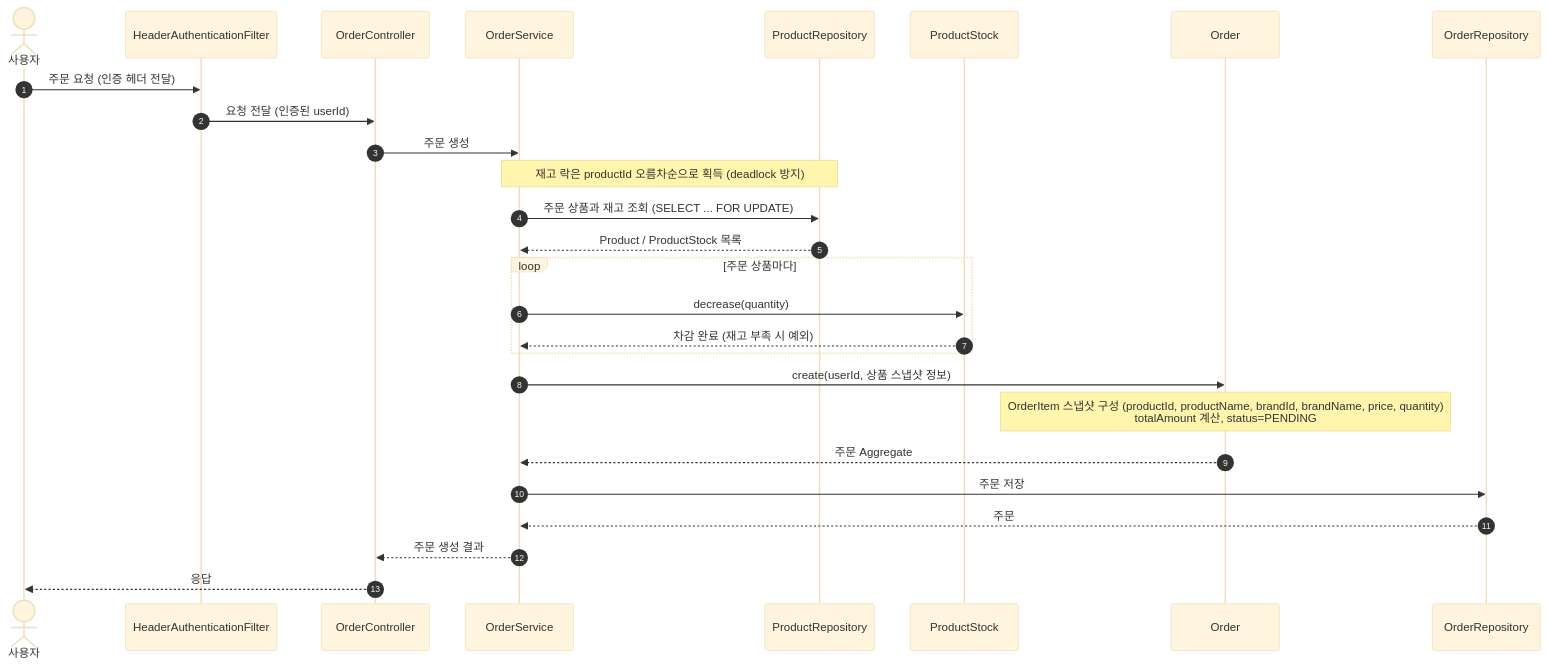
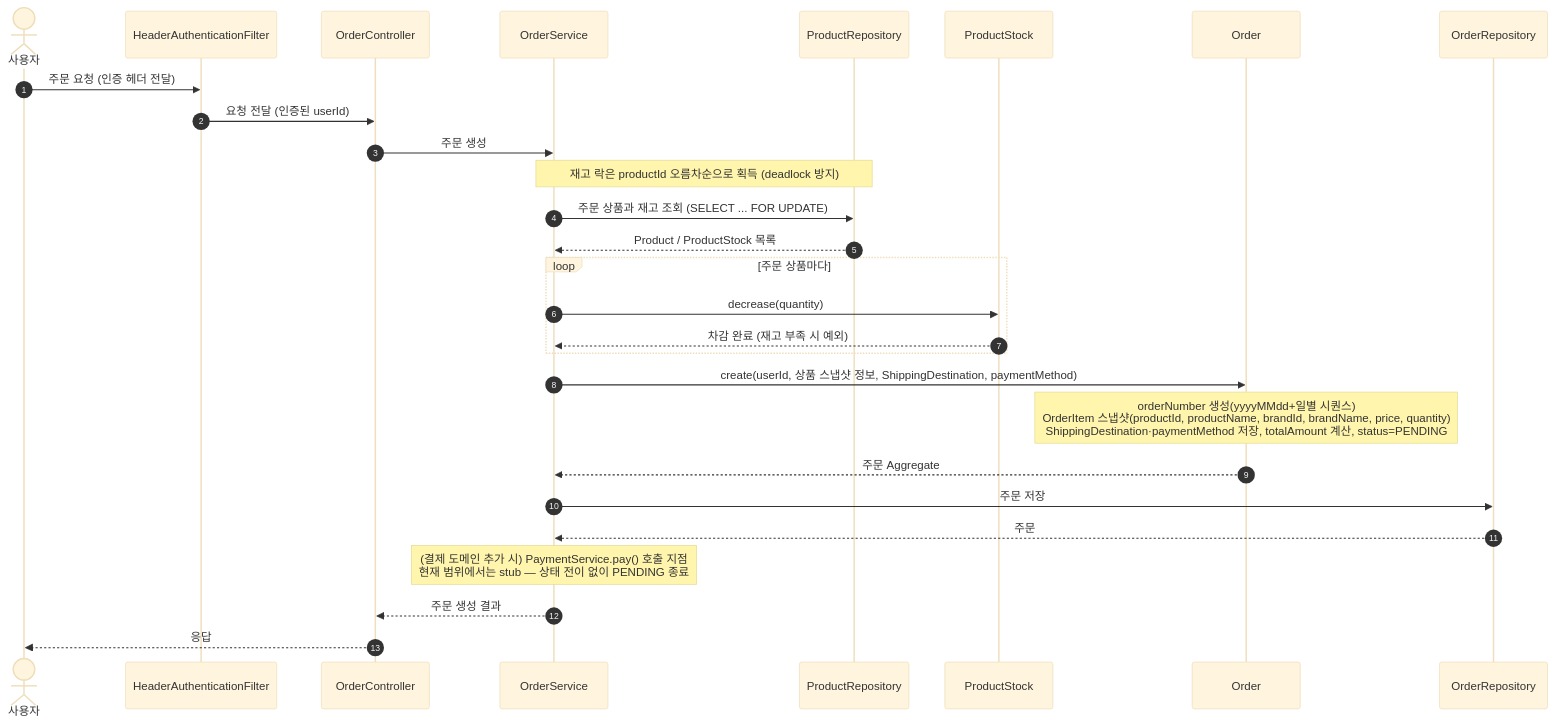
Diagram 14 of 17 in docs/week2/02-sequence-diagrams.md (loopers-labs/loop-pack-be-l2-vol4-java), drawn with Mermaid (base theme) before and after one commit. The commit also changed other lines of this file and 3 other files, not shown here.

````diff
--- a/docs/week2/02-sequence-diagrams.md
+++ b/docs/week2/02-sequence-diagrams.md
@@ -343,34 +361,35 @@
 ```mermaid
 sequenceDiagram
     autonumber
     actor Client as 사용자
     participant Auth as HeaderAuthenticationFilter
     participant Controller as OrderController
     participant Service as OrderService
     participant ProductRepository as ProductRepository
     participant ProductStock as ProductStock
     participant Order as Order
     participant OrderRepository as OrderRepository
 
     Client->>Auth: 주문 요청 (인증 헤더 전달)
     Auth->>Controller: 요청 전달 (인증된 userId)
     Controller->>Service: 주문 생성
 
     Note over Service,ProductRepository: 재고 락은 productId 오름차순으로 획득 (deadlock 방지)
     Service->>ProductRepository: 주문 상품과 재고 조회 (SELECT ... FOR UPDATE)
     ProductRepository-->>Service: Product / ProductStock 목록
 
     loop 주문 상품마다
         Service->>ProductStock: decrease(quantity)
         ProductStock-->>Service: 차감 완료 (재고 부족 시 예외)
     end
 
-    Service->>Order: create(userId, 상품 스냅샷 정보)
-    Note over Order: OrderItem 스냅샷 구성 (productId, productName, brandId, brandName, price, quantity)<br/>totalAmount 계산, status=PENDING
+    Service->>Order: create(userId, 상품 스냅샷 정보, ShippingDestination, paymentMethod)
+    Note over Order: orderNumber 생성(yyyyMMdd+일별 시퀀스)<br/>OrderItem 스냅샷(productId, productName, brandId, brandName, price, quantity)<br/>ShippingDestination·paymentMethod 저장, totalAmount 계산, status=PENDING
     Order-->>Service: 주문 Aggregate
 
     Service->>OrderRepository: 주문 저장
     OrderRepository-->>Service: 주문
+    Note over Service: (결제 도메인 추가 시) PaymentService.pay() 호출 지점<br/>현재 범위에서는 stub — 상태 전이 없이 PENDING 종료
     Service-->>Controller: 주문 생성 결과
     Controller-->>Client: 응답
 ```
````
